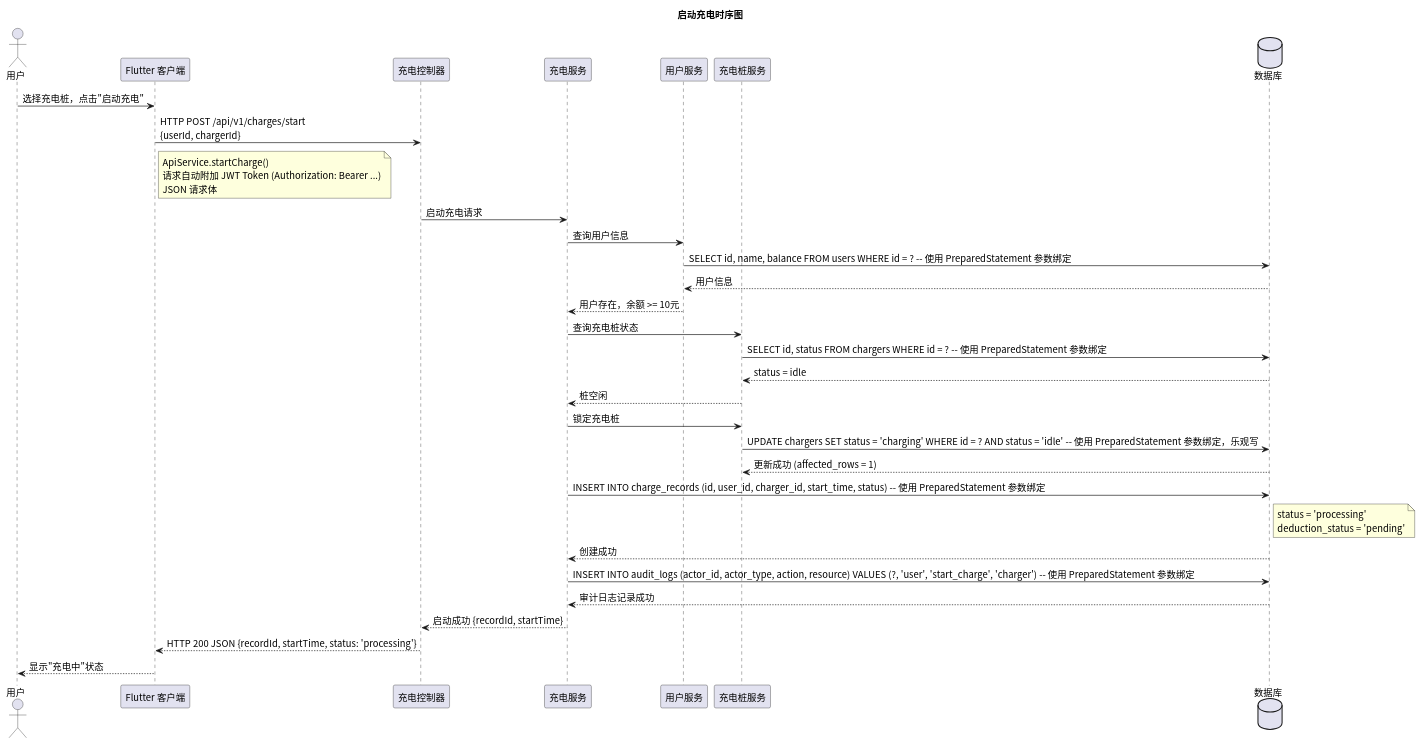
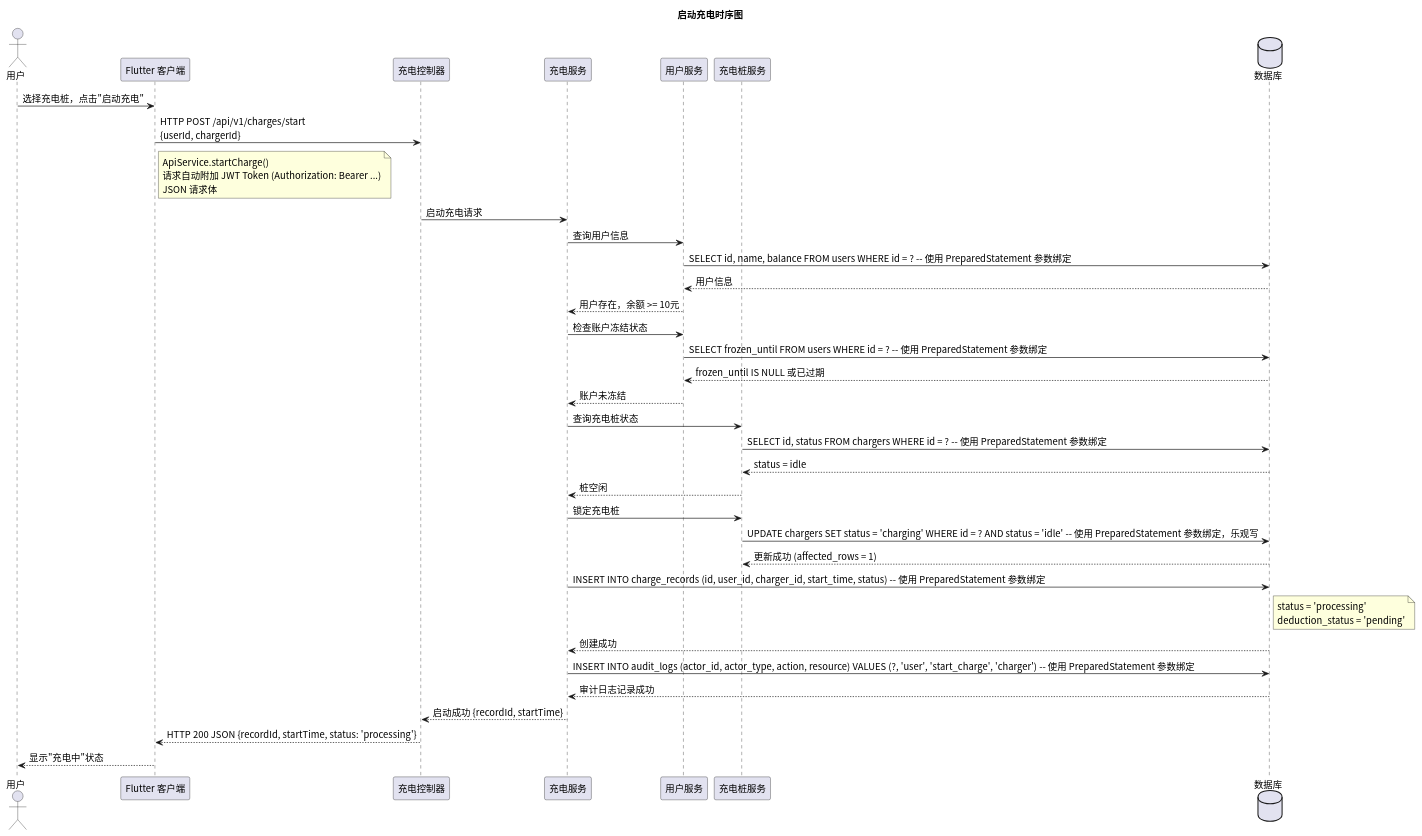
One commit to greenhandzdl/charging-station-doc changed the diagram in time/src/sequence_charging.puml. Above: the diagram before and after it, drawn with PlantUML. The commit also changed 16 other files, not shown here.

First line of the commit message:
fix: 架构与安全审计修复 — API 文档补全、类图扩展、安全增强

```diff
--- a/time/src/sequence_charging.puml
+++ b/time/src/sequence_charging.puml
@@ -1,45 +1,50 @@
 @startuml
 skinparam defaultFontName "Noto Sans CJK SC"
 skinparam defaultFontSize 14
 title 启动充电时序图
 
 ' 所有 SQL 操作使用 PreparedStatement 参数绑定，禁止字符串拼接
 actor 用户 as U
 participant "Flutter 客户端" as FE
 participant "充电控制器" as Ctrl
 participant "充电服务" as Service
 participant "用户服务" as US
 participant "充电桩服务" as CS
 database 数据库 as DB
 
 U -> FE: 选择充电桩，点击"启动充电"
 FE -> Ctrl: HTTP POST /api/v1/charges/start\n{userId, chargerId}
 note right FE : ApiService.startCharge()\n请求自动附加 JWT Token (Authorization: Bearer ...)\nJSON 请求体
 
 Ctrl -> Service: 启动充电请求
 
 Service -> US: 查询用户信息
 US -> DB: SELECT id, name, balance FROM users WHERE id = ? -- 使用 PreparedStatement 参数绑定
 DB --> US: 用户信息
 US --> Service: 用户存在，余额 >= 10元
 
+Service -> US: 检查账户冻结状态
+US -> DB: SELECT frozen_until FROM users WHERE id = ? -- 使用 PreparedStatement 参数绑定
+DB --> US: frozen_until IS NULL 或已过期
+US --> Service: 账户未冻结
+
 Service -> CS: 查询充电桩状态
 CS -> DB: SELECT id, status FROM chargers WHERE id = ? -- 使用 PreparedStatement 参数绑定
 DB --> CS: status = idle
 CS --> Service: 桩空闲
 
 Service -> CS: 锁定充电桩
 CS -> DB: UPDATE chargers SET status = 'charging' WHERE id = ? AND status = 'idle' -- 使用 PreparedStatement 参数绑定，乐观写
 DB --> CS: 更新成功 (affected_rows = 1)
 
 Service -> DB: INSERT INTO charge_records (id, user_id, charger_id, start_time, status) -- 使用 PreparedStatement 参数绑定
 note right DB : status = 'processing'\ndeduction_status = 'pending'
 DB --> Service: 创建成功
 
 Service -> DB: INSERT INTO audit_logs (actor_id, actor_type, action, resource) VALUES (?, 'user', 'start_charge', 'charger') -- 使用 PreparedStatement 参数绑定
 DB --> Service: 审计日志记录成功
 
 Service --> Ctrl: 启动成功 {recordId, startTime}
 Ctrl --> FE: HTTP 200 JSON {recordId, startTime, status: 'processing'}
 FE --> U: 显示"充电中"状态
 @enduml
```
